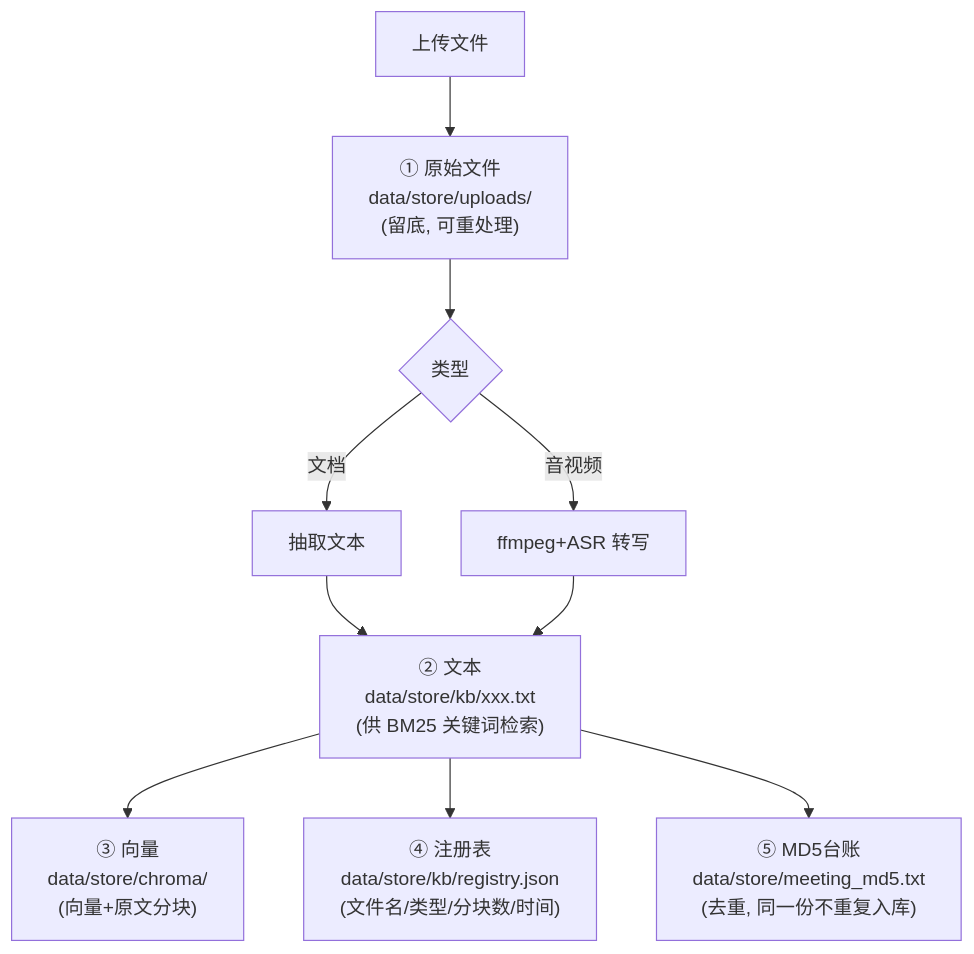
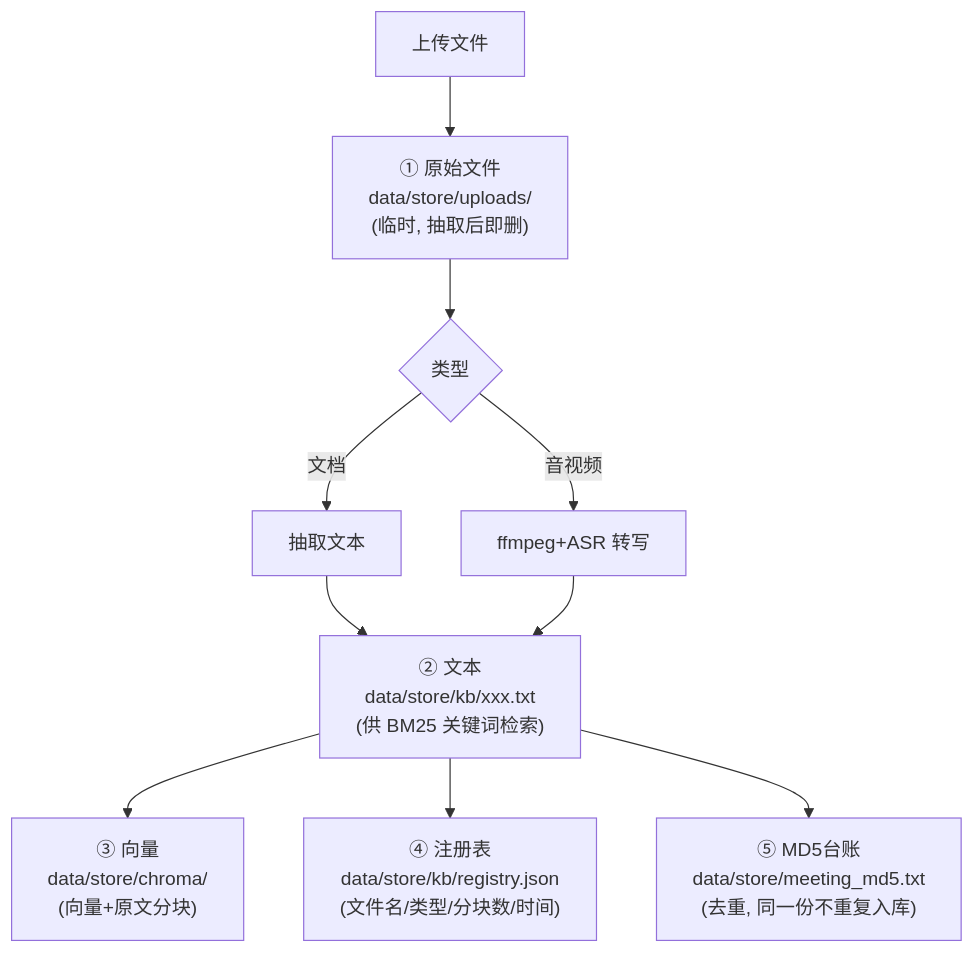
Before and after one commit to meiyingg/AI-Agent: the first of 4 diagrams in KB_FLOW.md, drawn with Mermaid. The commit also changed other lines of this file and 51 other files, not shown here.

````diff
--- a/KB_FLOW.md
+++ b/KB_FLOW.md
@@ -10,12 +10,12 @@
 ```mermaid
 flowchart TB
-    U["上传文件"] --> RAW["① 原始文件<br/>data/store/uploads/<br/>(留底, 可重处理)"]
+    U["上传文件"] --> RAW["① 原始文件<br/>data/store/uploads/<br/>(临时, 抽取后即删)"]
     RAW --> T{类型}
     T -->|文档| EX["抽取文本"]
     T -->|音视频| ASR["ffmpeg+ASR 转写"]
     EX --> TXT["② 文本<br/>data/store/kb/xxx.txt<br/>(供 BM25 关键词检索)"]
     ASR --> TXT
     TXT --> VEC["③ 向量<br/>data/store/chroma/<br/>(向量+原文分块)"]
     TXT --> REG["④ 注册表<br/>data/store/kb/registry.json<br/>(文件名/类型/分块数/时间)"]
     TXT --> LED["⑤ MD5台账<br/>data/store/meeting_md5.txt<br/>(去重, 同一份不重复入库)"]
 ```
````
